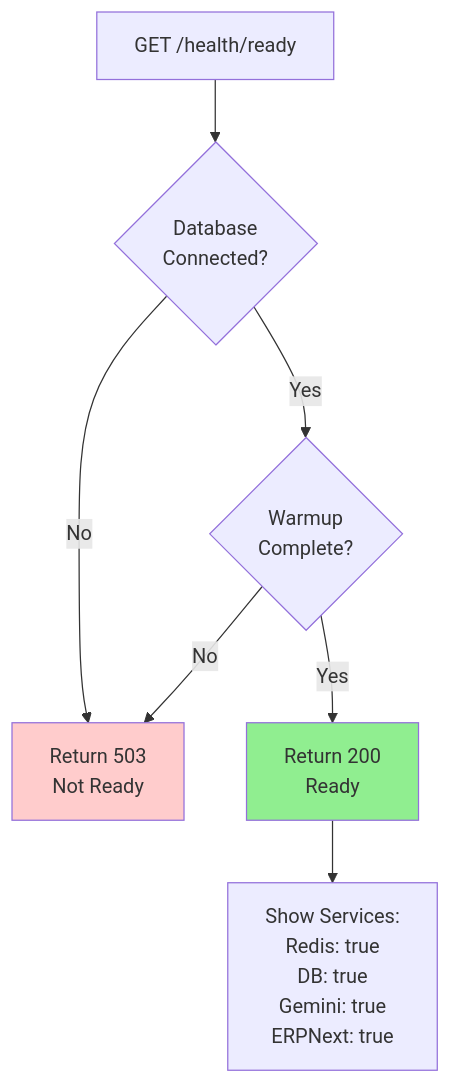
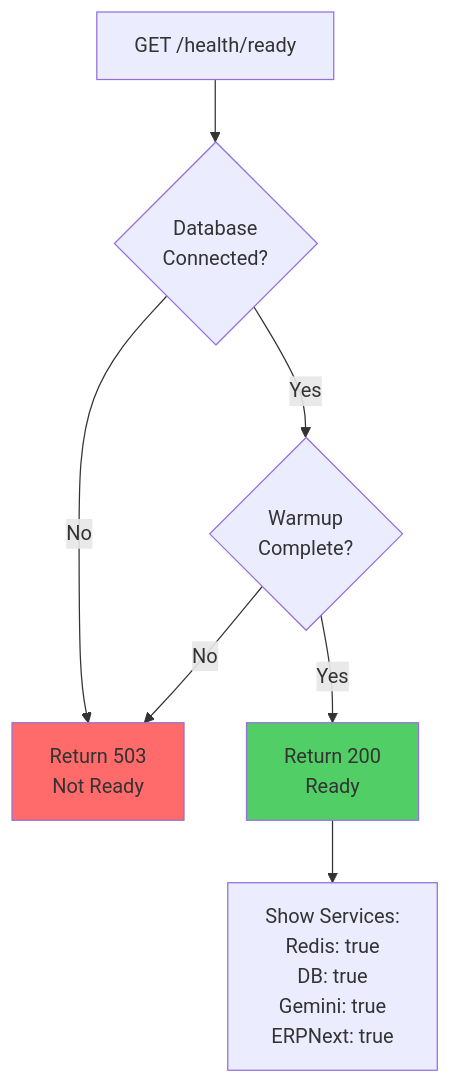
Before and after one commit to manumishra-zm/execution_plan: diagram 12 of 21 in latency_fix_plan/latency.md, drawn with Mermaid. The commit also changed other lines of this file, not shown here.

````diff
--- a/latency_fix_plan/latency.md
+++ b/latency_fix_plan/latency.md
@@ -772,13 +772,13 @@
 ```mermaid
 graph TD
     Request[GET /health/ready] --> CheckDB{Database<br/>Connected?}
     CheckDB -->|No| Return503[Return 503<br/>Not Ready]
     CheckDB -->|Yes| CheckWarmup{Warmup<br/>Complete?}
     CheckWarmup -->|No| Return503
     CheckWarmup -->|Yes| Return200[Return 200<br/>Ready]
 
     Return200 --> ShowStatus[Show Services:<br/>Redis: true<br/>DB: true<br/>Gemini: true<br/>ERPNext: true]
 
-    style Return200 fill:#90EE90
-    style Return503 fill:#ffcccc
+    style Return200 fill:#51cf66
+    style Return503 fill:#ff6b6b
 ```
````
